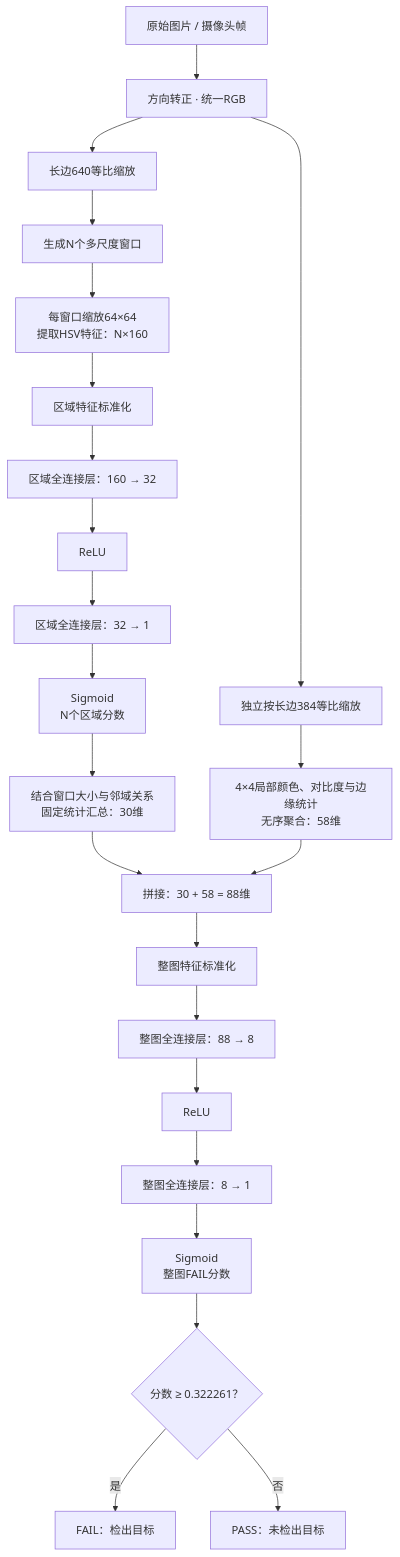
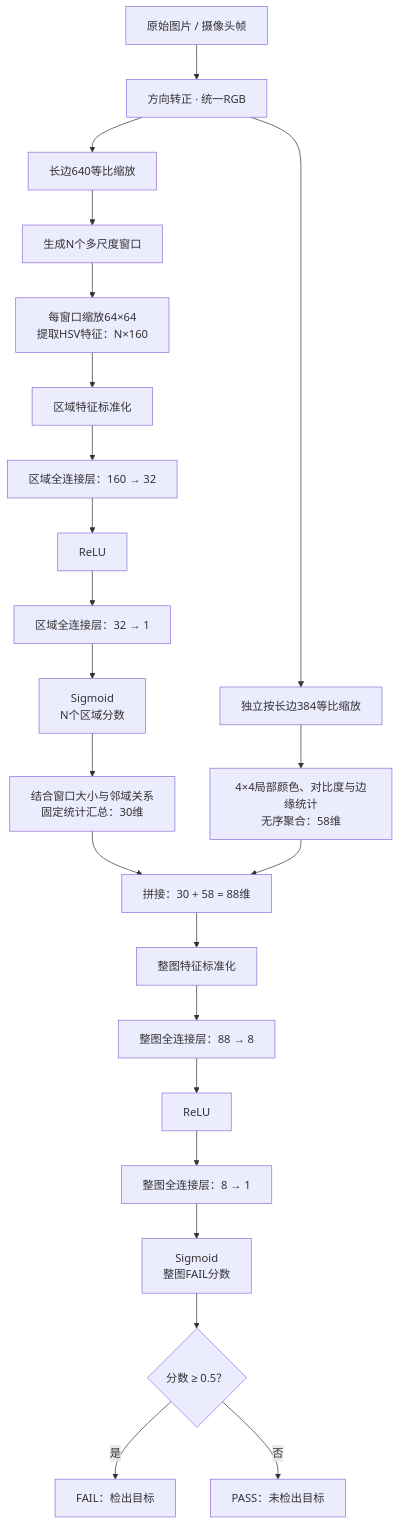
One commit to Tindalos-ik/robot_cleaning_vision changed the diagram in docs/手工特征+MLP.md. Above: the diagram before and after it, drawn with Mermaid. The commit also changed other lines of this file and 24 other files, not shown here.

````diff
--- a/docs/手工特征+MLP.md
+++ b/docs/手工特征+MLP.md
@@ -40,28 +40,28 @@
 ```mermaid
 flowchart TD
     A["原始图片 / 摄像头帧"] --> B["方向转正 · 统一RGB"]
 
     B --> C["长边640等比缩放"]
     C --> D["生成N个多尺度窗口"]
     D --> E["每窗口缩放64×64<br/>提取HSV特征：N×160"]
     E --> F["区域特征标准化"]
     F --> G["区域全连接层：160 → 32"]
     G --> H["ReLU"]
     H --> I["区域全连接层：32 → 1"]
     I --> J["Sigmoid<br/>N个区域分数"]
     J --> K["结合窗口大小与邻域关系<br/>固定统计汇总：30维"]
 
     B --> L["独立按长边384等比缩放"]
     L --> M["4×4局部颜色、对比度与边缘统计<br/>无序聚合：58维"]
 
     K --> N["拼接：30 + 58 = 88维"]
     M --> N
     N --> O["整图特征标准化"]
     O --> P["整图全连接层：88 → 8"]
     P --> Q["ReLU"]
     Q --> R["整图全连接层：8 → 1"]
     R --> S["Sigmoid<br/>整图FAIL分数"]
-    S --> T{"分数 ≥ 0.322261？"}
+    S --> T{"分数 ≥ 0.5？"}
     T -->|是| U["FAIL：检出目标"]
     T -->|否| V["PASS：未检出目标"]
 ```
````
